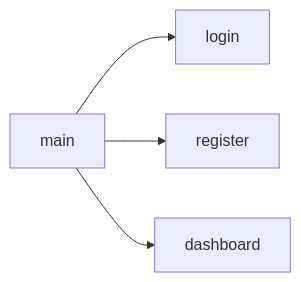
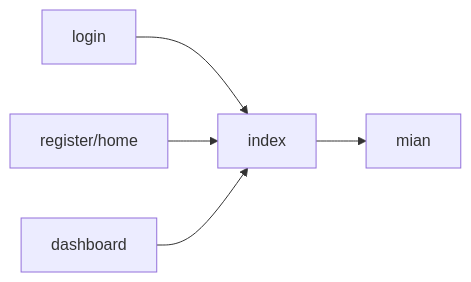
Before and after one commit to fwdp-sessions/domanipulation: the diagram in src/jellyfish/plan.md, drawn with Mermaid. The commit also changed other lines of this file, not shown here.

Commit message:
Docs: add plan for coding

````diff
--- a/src/jellyfish/plan.md
+++ b/src/jellyfish/plan.md
@@ -5,6 +5,7 @@
 ```mermaid.js
 flowchart LR
-    main --> login
-    main --> register
-    main --> dashboard
+    login --> index
+    register/home  --> index
+    dashboard --> index
+    index --> mian
 ```
````
